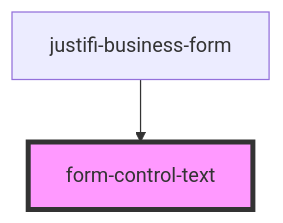
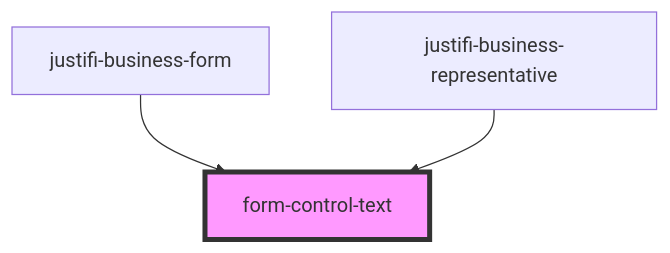
Before and after one commit to justifi-tech/web-component-library: the diagram in stencil-library/src/components/form/readme.md, drawn with Mermaid. The commit also changed other lines of this file and 8 other files, not shown here.

````diff
--- a/stencil-library/src/components/form/readme.md
+++ b/stencil-library/src/components/form/readme.md
@@ -33,5 +34,6 @@
 ```mermaid
 graph TD;
   justifi-business-form --> form-control-text
+  justifi-business-representative --> form-control-text
   style form-control-text fill:#f9f,stroke:#333,stroke-width:4px
 ```
````
